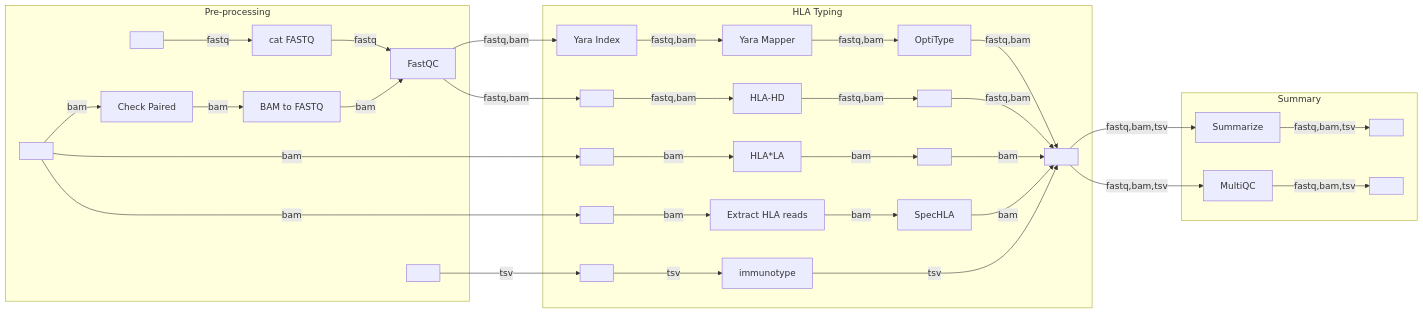
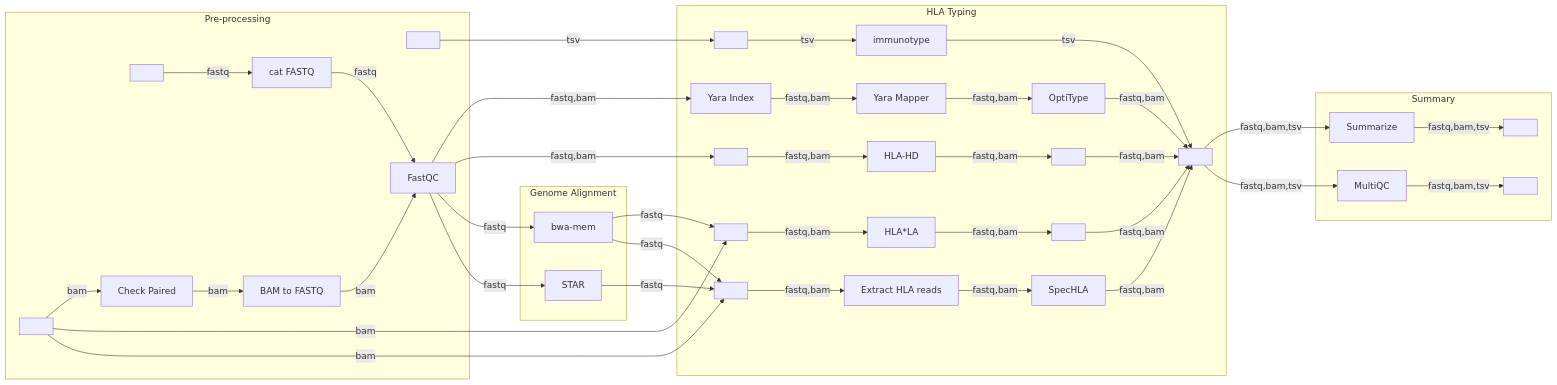
Before and after one commit to nf-core/hlatyping: the diagram in docs/images/metro_map.mmd, drawn with Mermaid. The commit also changed 3 other files, not shown here.

Commit message:
docs: add the Genome Alignment stage to the metro map

```diff
--- a/docs/images/metro_map.mmd
+++ b/docs/images/metro_map.mmd
@@ -1,89 +1,101 @@
 %%metro title: nf-core/hlatyping
 %%metro logo: docs/images/nf-core-hlatyping_logo_dark.png
 %%metro center_ports: true
 %%metro file: fastq_in | FASTQ
 %%metro file: bam_in | BAM
 %%metro file: tsv_in | TSV
 %%metro file: results_tsv | TSV
 %%metro file: report_html | HTML
 %%metro line: fastq | FASTQ | #2db572
 %%metro line: bam | BAM | #e6842a
 %%metro line: tsv | TSV | #8e5bd0
 %%metro legend: bl
 
 graph LR
     subgraph preprocessing [Pre-processing]
         %%metro exit: right | fastq, bam, tsv
         fastq_in[ ]
         bam_in[ ]
         tsv_in[ ]
         cat_fastq[cat FASTQ]
         check_paired[Check Paired]
         collatefastq[BAM to FASTQ]
         fastqc[FastQC]
 
         fastq_in -->|fastq| cat_fastq
         cat_fastq -->|fastq| fastqc
         bam_in -->|bam| check_paired
         check_paired -->|bam| collatefastq
         collatefastq -->|bam| fastqc
     end
 
+    subgraph alignment [Genome Alignment]
+        %%metro entry: left | fastq
+        %%metro exit: right | fastq
+        bwa_mem[bwa-mem]
+        star[STAR]
+    end
+
     subgraph hla_typing [HLA Typing]
         %%metro entry: left | fastq, bam, tsv
         %%metro exit: right | fastq, bam, tsv
         yara_index[Yara Index]
         yara_mapper[Yara Mapper]
         optitype_run[OptiType]
         _hd_delay[ ]
         hlahd_run[HLA-HD]
         _hd_pad[ ]
         _la_delay[ ]
         hlala_run[HLA*LA]
         _la_pad[ ]
         _se_delay[ ]
         spechla_extract[Extract HLA reads]
         spechla_run[SpecHLA]
         _im_delay[ ]
         immunotype_run[immunotype]
         _merge[ ]
 
         yara_index -->|fastq,bam| yara_mapper
         yara_mapper -->|fastq,bam| optitype_run
         optitype_run -->|fastq,bam| _merge
 
         _hd_delay -->|fastq,bam| hlahd_run
         hlahd_run -->|fastq,bam| _hd_pad
         _hd_pad -->|fastq,bam| _merge
 
-        _la_delay -->|bam| hlala_run
-        hlala_run -->|bam| _la_pad
-        _la_pad -->|bam| _merge
+        _la_delay -->|fastq,bam| hlala_run
+        hlala_run -->|fastq,bam| _la_pad
+        _la_pad -->|fastq,bam| _merge
 
-        _se_delay -->|bam| spechla_extract
-        spechla_extract -->|bam| spechla_run
-        spechla_run -->|bam| _merge
+        _se_delay -->|fastq,bam| spechla_extract
+        spechla_extract -->|fastq,bam| spechla_run
+        spechla_run -->|fastq,bam| _merge
 
         _im_delay -->|tsv| immunotype_run
         immunotype_run -->|tsv| _merge
     end
 
     subgraph summary [Summary]
         %%metro entry: left | fastq, bam, tsv
         summarize[Summarize]
         multiqc[MultiQC]
         results_tsv[ ]
         report_html[ ]
 
         summarize -->|fastq,bam,tsv| results_tsv
         multiqc -->|fastq,bam,tsv| report_html
     end
 
     %% Inter-section edges
     fastqc -->|fastq,bam| yara_index
     fastqc -->|fastq,bam| _hd_delay
+    fastqc -->|fastq| bwa_mem
+    fastqc -->|fastq| star
+    bwa_mem -->|fastq| _la_delay
+    bwa_mem -->|fastq| _se_delay
+    star -->|fastq| _se_delay
     bam_in -->|bam| _la_delay
     bam_in -->|bam| _se_delay
     tsv_in -->|tsv| _im_delay
     _merge -->|fastq,bam,tsv| summarize
     _merge -->|fastq,bam,tsv| multiqc
```
